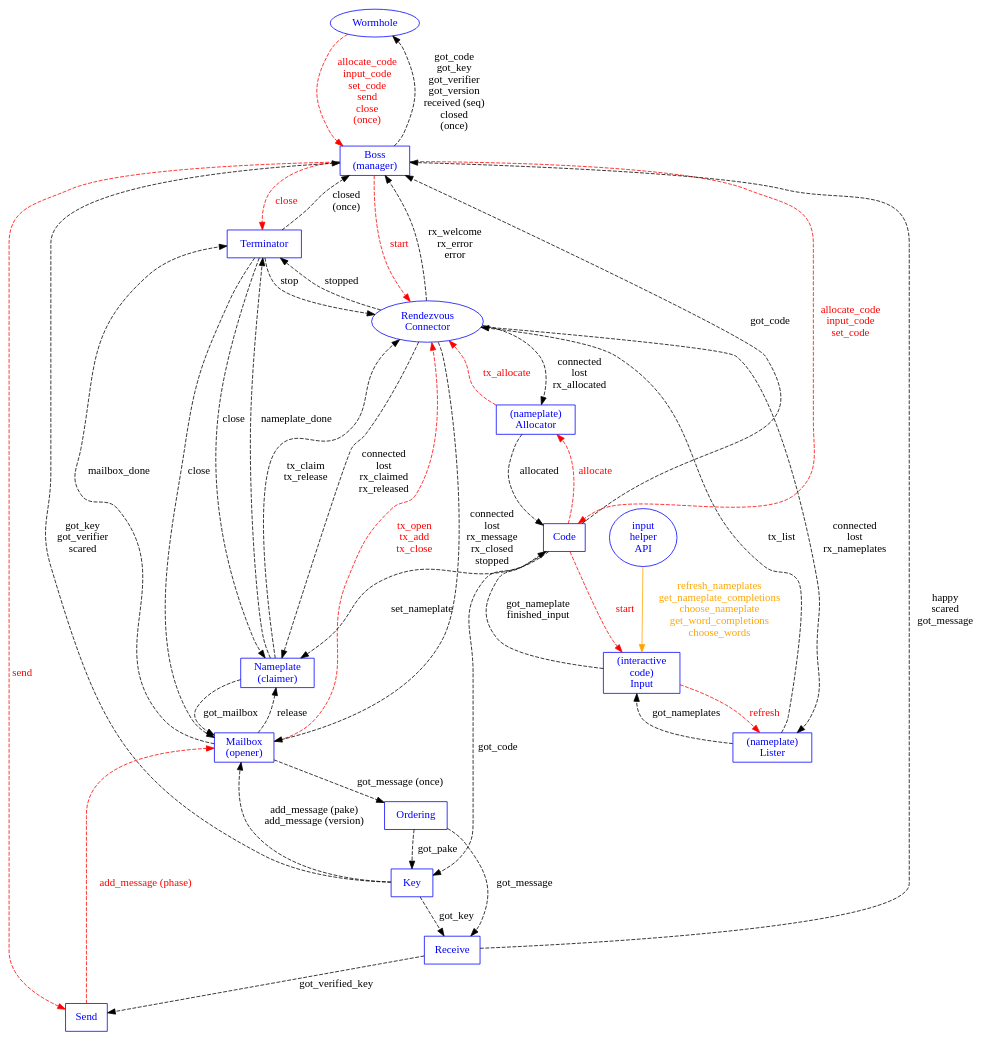
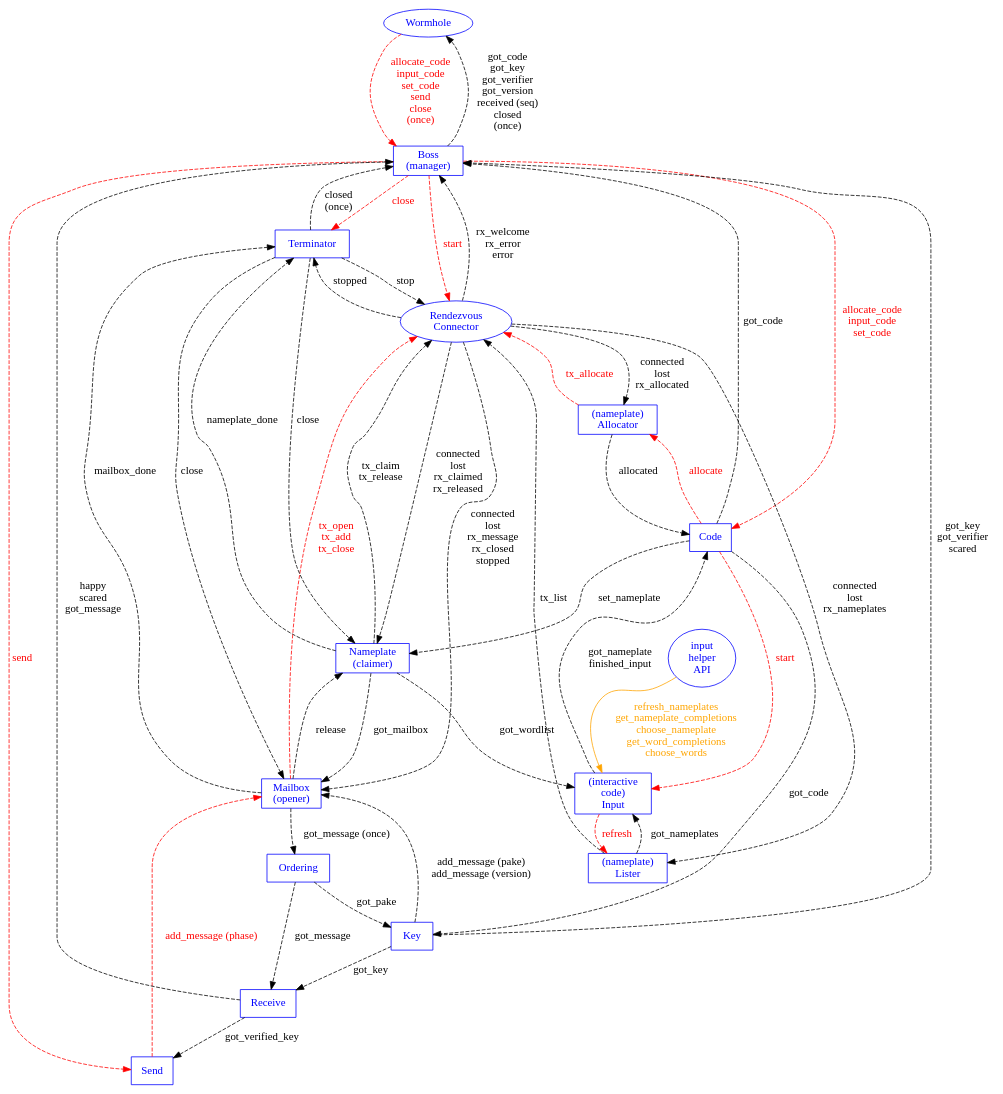
The diagram in docs/state-machines/machines.dot (magic-wormhole/magic-wormhole), drawn with Graphviz before and after one commit. The commit also changed 12 other files, not shown here.

```diff
--- a/docs/state-machines/machines.dot
+++ b/docs/state-machines/machines.dot
@@ -1,114 +1,115 @@
 digraph {
         Wormhole [shape="oval" color="blue" fontcolor="blue"]
         Boss [shape="box" label="Boss\n(manager)"
                   color="blue" fontcolor="blue"]
         Nameplate [label="Nameplate\n(claimer)"
                    shape="box" color="blue" fontcolor="blue"]
         Mailbox [label="Mailbox\n(opener)"
                  shape="box" color="blue" fontcolor="blue"]
         Connection [label="Rendezvous\nConnector"
                     shape="oval" color="blue" fontcolor="blue"]
         #websocket [color="blue" fontcolor="blue"]
         Order [shape="box" label="Ordering" color="blue" fontcolor="blue"]
         Key [shape="box" label="Key" color="blue" fontcolor="blue"]
         Send [shape="box" label="Send" color="blue" fontcolor="blue"]
         Receive [shape="box" label="Receive" color="blue" fontcolor="blue"]
         Code [shape="box" label="Code" color="blue" fontcolor="blue"]
         Lister [shape="box" label="(nameplate)\nLister"
                 color="blue" fontcolor="blue"]
         Allocator [shape="box" label="(nameplate)\nAllocator"
                    color="blue" fontcolor="blue"]
         Input [shape="box" label="(interactive\ncode)\nInput"
                color="blue" fontcolor="blue"]
         Terminator [shape="box" color="blue" fontcolor="blue"]
         InputHelperAPI [shape="oval" label="input\nhelper\nAPI"
                         color="blue" fontcolor="blue"]
 
         #Connection -> websocket [color="blue"]
         #Connection -> Order [color="blue"]
 
         Wormhole -> Boss [style="dashed"
                           label="allocate_code\ninput_code\nset_code\nsend\nclose\n(once)"
                           color="red" fontcolor="red"]
         #Wormhole -> Boss [color="blue"]
         Boss -> Wormhole [style="dashed" label="got_code\ngot_key\ngot_verifier\ngot_version\nreceived (seq)\nclosed\n(once)"]
 
         #Boss -> Connection [color="blue"]
         Boss -> Connection [style="dashed" label="start"
                             color="red" fontcolor="red"]
         Connection -> Boss [style="dashed" label="rx_welcome\nrx_error\nerror"]
 
         Boss -> Send [style="dashed" color="red" fontcolor="red" label="send"]
 
         #Boss -> Mailbox [color="blue"]
         Mailbox -> Order [style="dashed" label="got_message (once)"]
         Key -> Boss [style="dashed" label="got_key\ngot_verifier\nscared"]
         Order -> Key [style="dashed" label="got_pake"]
         Order -> Receive [style="dashed" label="got_message"]
         #Boss -> Key [color="blue"]
         Key -> Mailbox [style="dashed"
                         label="add_message (pake)\nadd_message (version)"]
         Receive -> Send [style="dashed" label="got_verified_key"]
         Send -> Mailbox [style="dashed" color="red" fontcolor="red"
                          label="add_message (phase)"]
 
         Key -> Receive [style="dashed" label="got_key"]
         Receive -> Boss [style="dashed"
                          label="happy\nscared\ngot_message"]
         Nameplate -> Connection [style="dashed"
                                  label="tx_claim\ntx_release"]
         Connection -> Nameplate [style="dashed"
                                  label="connected\nlost\nrx_claimed\nrx_released"]
         Mailbox -> Nameplate [style="dashed" label="release"]
         Nameplate -> Mailbox [style="dashed" label="got_mailbox"]
+        Nameplate -> Input [style="dashed" label="got_wordlist"]
 
         Mailbox -> Connection [style="dashed" color="red" fontcolor="red"
                                label="tx_open\ntx_add\ntx_close"
                                ]
         Connection -> Mailbox [style="dashed"
                                label="connected\nlost\nrx_message\nrx_closed\nstopped"]
 
         Connection -> Lister [style="dashed"
                               label="connected\nlost\nrx_nameplates"
                               ]
         Lister -> Connection [style="dashed"
                               label="tx_list"
                               ]
 
         #Boss -> Code [color="blue"]
         Connection -> Allocator [style="dashed"
                                  label="connected\nlost\nrx_allocated"]
         Allocator -> Connection [style="dashed" color="red" fontcolor="red"
                                  label="tx_allocate"
                                  ]
         Lister -> Input [style="dashed"
                          label="got_nameplates"
                          ]
         #Code -> Lister [color="blue"]
         Input -> Lister [style="dashed" color="red" fontcolor="red"
                          label="refresh"
                          ]
         Boss -> Code [style="dashed" color="red" fontcolor="red"
                       label="allocate_code\ninput_code\nset_code"]
         Code -> Boss [style="dashed" label="got_code"]
         Code -> Key [style="dashed" label="got_code"]
         Code -> Nameplate [style="dashed" label="set_nameplate"]
 
         Code -> Input [style="dashed" color="red" fontcolor="red" label="start"]
         Input -> Code [style="dashed" label="got_nameplate\nfinished_input"]
         InputHelperAPI -> Input [label="refresh_nameplates\nget_nameplate_completions\nchoose_nameplate\nget_word_completions\nchoose_words" color="orange" fontcolor="orange"]
 
         Code -> Allocator [style="dashed" color="red" fontcolor="red"
                            label="allocate"]
         Allocator -> Code [style="dashed" label="allocated"]
 
         Nameplate -> Terminator [style="dashed" label="nameplate_done"]
         Mailbox -> Terminator [style="dashed" label="mailbox_done"]
         Terminator -> Nameplate [style="dashed" label="close"]
         Terminator -> Mailbox [style="dashed" label="close"]
         Terminator -> Connection [style="dashed" label="stop"]
         Connection -> Terminator [style="dashed" label="stopped"]
         Terminator -> Boss [style="dashed" label="closed\n(once)"]
         Boss -> Terminator [style="dashed" color="red" fontcolor="red"
                             label="close"]
 }
```
